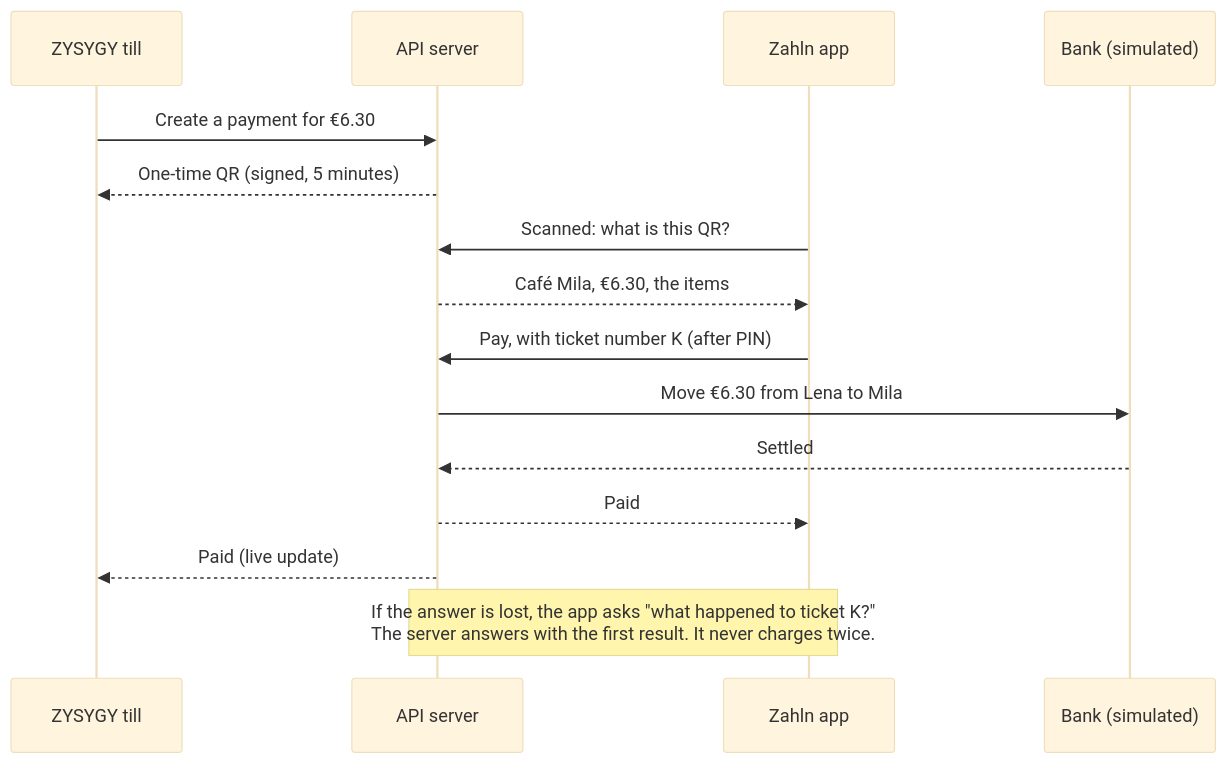
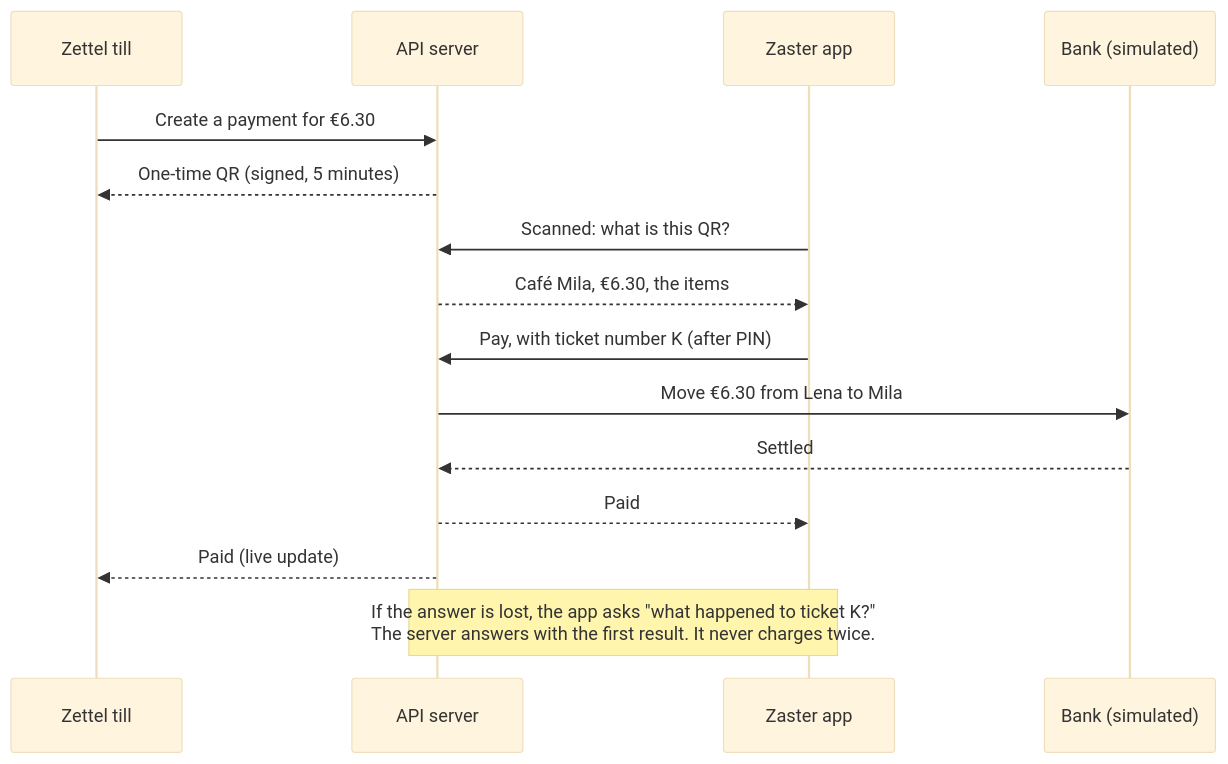
The second of 2 diagrams in README.md (JaydeepAgravat/zahln), drawn with Mermaid (base theme) before and after one commit. The commit also changed other lines of this file and 352 other files, not shown here.

First line of the commit message:
Rename the apps: Zahln becomes Zaster, ZYSYGY becomes Zettel

````diff
--- a/README.md
+++ b/README.md
@@ -142,17 +142,17 @@
 ```mermaid
 sequenceDiagram
-  participant Till as ZYSYGY till
+  participant Till as Zettel till
   participant API as API server
-  participant App as Zahln app
+  participant App as Zaster app
   participant Bank as Bank (simulated)
   Till->>API: Create a payment for €6.30
   API-->>Till: One-time QR (signed, 5 minutes)
   App->>API: Scanned: what is this QR?
   API-->>App: Café Mila, €6.30, the items
   App->>API: Pay, with ticket number K (after PIN)
   API->>Bank: Move €6.30 from Lena to Mila
   Bank-->>API: Settled
   API-->>App: Paid
   API-->>Till: Paid (live update)
   Note over App,API: If the answer is lost, the app asks "what happened to ticket K?"<br/>The server answers with the first result. It never charges twice.
 ```
````
